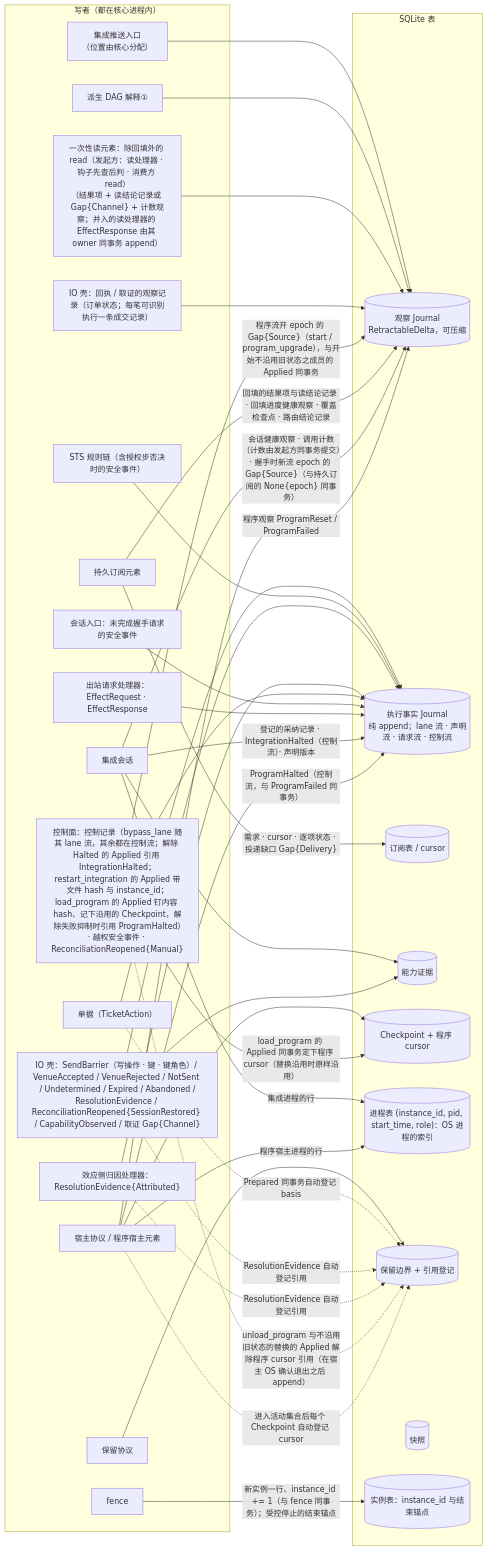
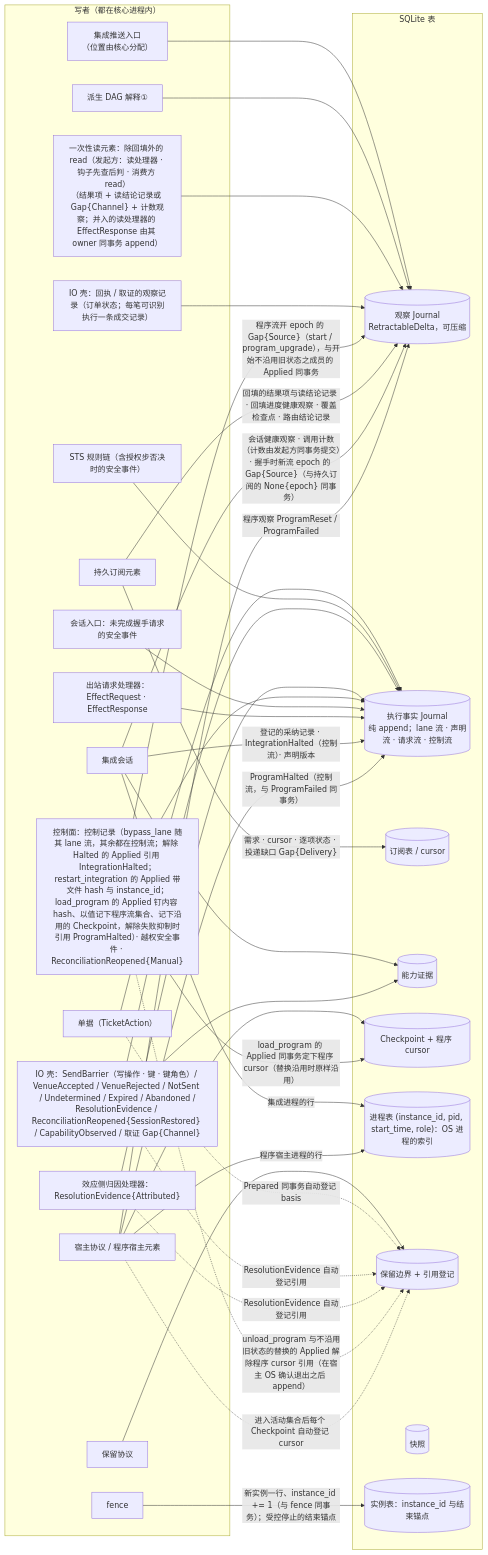
Before and after one commit to mouriya-s-lab/uta: the fourth of 6 diagrams in design/diagrams/01-process-topology.md, drawn with Mermaid. The commit also changed other lines of this file and 13 other files, not shown here.

````diff
--- a/design/diagrams/01-process-topology.md
+++ b/design/diagrams/01-process-topology.md
@@ -169,63 +169,63 @@
 ```mermaid
 flowchart LR
   subgraph W["写者（都在核心进程内）"]
     PUSH["集成推送入口<br/>（位置由核心分配）"]
     DAG["派生 DAG 解释①"]
     RD["一次性读元素：除回填外的 read（发起方：读处理器 · 钩子先查后判 · 消费方 read）<br/>（结果项 + 读结论记录或 Gap{Channel} + 计数观察；并入的读处理器的 EffectResponse 由其 owner 同事务 append）"]
     IOR["IO 壳：回执 / 取证的观察记录（订单状态；每笔可识别执行一条成交记录）"]
     TK["单据（TicketAction）"]
     STS["STS 规则链（含授权步否决时的安全事件）"]
     IOE["IO 壳：SendBarrier（写操作 · 键 · 键角色）/ VenueAccepted / VenueRejected / NotSent / Undetermined / Expired / Abandoned /<br/>ResolutionEvidence / ReconciliationReopened{SessionRestored} / CapabilityObserved / 取证 Gap{Channel}"]
     ATTR["效应侧归因处理器：ResolutionEvidence{Attributed}"]
-    CTL["控制面：控制记录（bypass_lane 随其 lane 流，其余都在控制流；解除 Halted 的 Applied 引用 IntegrationHalted；restart_integration 的 Applied 带文件 hash 与 instance_id；load_program 的 Applied 钉内容 hash、记下沿用的 Checkpoint，解除失败抑制时引用 ProgramHalted）· 越权安全事件 · ReconciliationReopened{Manual}"]
+    CTL["控制面：控制记录（bypass_lane 随其 lane 流，其余都在控制流；解除 Halted 的 Applied 引用 IntegrationHalted；restart_integration 的 Applied 带文件 hash 与 instance_id；load_program 的 Applied 钉内容 hash、以值记下程序流集合、记下沿用的 Checkpoint，解除失败抑制时引用 ProgramHalted）· 越权安全事件 · ReconciliationReopened{Manual}"]
     SESS["会话入口：未完成握手请求的安全事件"]
     OUT["出站请求处理器：EffectRequest · EffectResponse"]
     SUBEL["持久订阅元素"]
     ISESS["集成会话"]
     HOSTP["宿主协议 / 程序宿主元素"]
     FENCE["fence"]
     RET["保留协议"]
   end
   subgraph T["SQLite 表"]
     OJ[("观察 Journal<br/>RetractableDelta，可压缩")]
     EJ[("执行事实 Journal<br/>纯 append；lane 流 · 声明流 · 请求流 · 控制流")]
     SUB[("订阅表 / cursor")]
     CAP[("能力证据")]
     CK[("Checkpoint + 程序 cursor")]
     PT[("进程表 (instance_id, pid, start_time, role)：OS 进程的索引")]
     RB[("保留边界 + 引用登记")]
     SN[("快照")]
     IID[("实例表：instance_id 与结束锚点")]
   end
   PUSH --> OJ
   DAG --> OJ
   RD --> OJ
   IOR --> OJ
   TK --> EJ
   STS --> EJ
   IOE --> EJ
   ATTR --> EJ
   CTL --> EJ
   CTL -->|"程序流开 epoch 的 Gap{Source}（start / program_upgrade），与开始不沿用旧状态之成员的 Applied 同事务"| OJ
   SESS --> EJ
   OUT --> EJ
   SUBEL -->|"需求 · cursor · 逐项状态 · 投递缺口 Gap{Delivery}"| SUB
   SUBEL -->|"回填的结果项与读结论记录 · 回填进度健康观察 · 覆盖检查点 · 路由结论记录"| OJ
   ISESS --> CAP
   ISESS -->|"登记的采纳记录 · IntegrationHalted（控制流）· 声明版本"| EJ
   ISESS -->|"集成进程的行"| PT
   ISESS -->|"会话健康观察 · 调用计数（计数由发起方同事务提交）· 握手时新流 epoch 的 Gap{Source}（与持久订阅的 None{epoch} 同事务）"| OJ
   HOSTP -->|"程序宿主进程的行"| PT
   IOE --> CAP
   HOSTP --> CK
   HOSTP -->|"程序观察 ProgramReset / ProgramFailed"| OJ
   HOSTP -->|"ProgramHalted（控制流，与 ProgramFailed 同事务）"| EJ
   FENCE -->|"新实例一行、instance_id += 1（与 fence 同事务）；受控停止的结束锚点"| IID
   RET --> RB
   TK -.->|"Prepared 同事务自动登记 basis"| RB
   IOE -.->|"ResolutionEvidence 自动登记引用"| RB
   ATTR -.->|"ResolutionEvidence 自动登记引用"| RB
   CTL -.->|"unload_program 与不沿用旧状态的替换的 Applied 解除程序 cursor 引用（在宿主 OS 确认退出之后 append）"| RB
   CTL -->|"load_program 的 Applied 同事务定下程序 cursor（替换沿用时原样沿用）"| CK
   HOSTP -.->|"进入活动集合后每个 Checkpoint 自动登记 cursor"| RB
 ```
````
